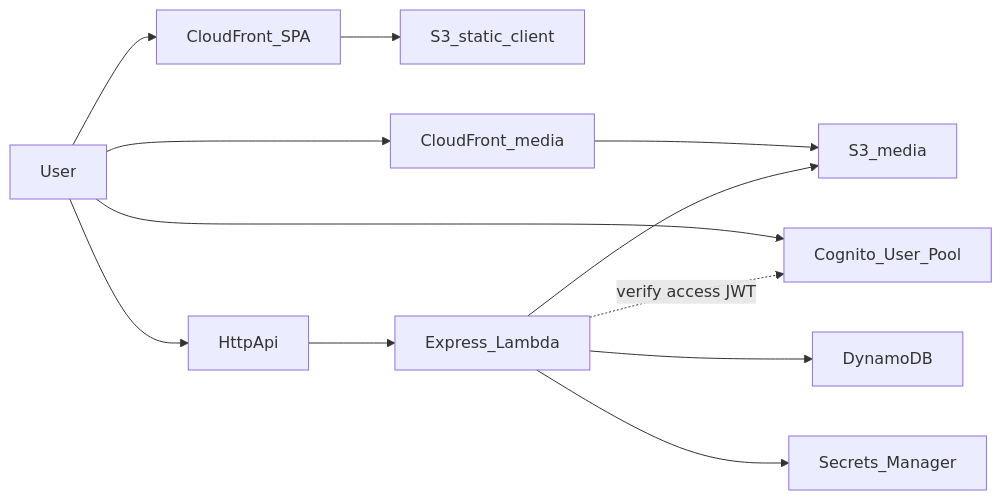
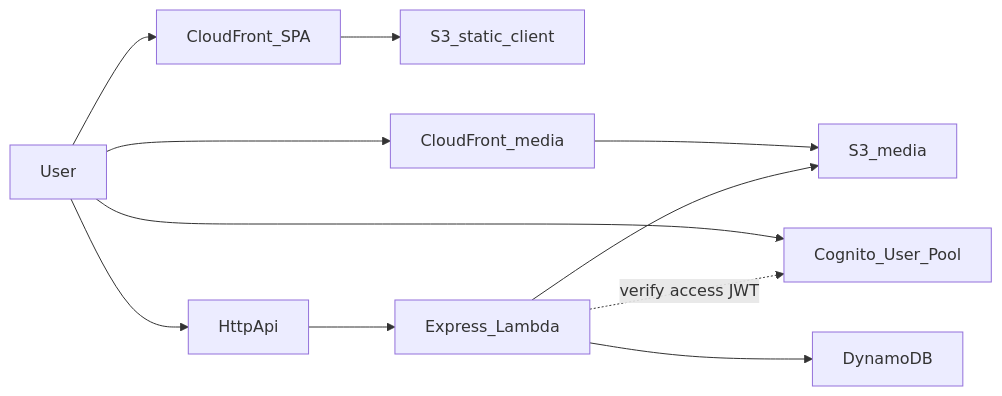
The diagram in README.md (JuanSebastianGB/share-social-media), drawn with Mermaid before and after one commit. The commit also changed 2 other files, not shown here.

Commit message:
docs: record that the old API secret was deleted
The retained-secret note told operators to delete a secret CloudFormation already removed, and to expect a charge that is not there.

````diff
--- a/README.md
+++ b/README.md
@@ -7,14 +7,13 @@
 ```mermaid
 flowchart LR
   User --> CF[CloudFront_SPA]
   CF --> S3[S3_static_client]
   User --> MediaCF[CloudFront_media]
   MediaCF --> MediaS3[S3_media]
   User --> Cognito[Cognito_User_Pool]
   User --> APIGW[HttpApi]
   APIGW --> Lambda[Express_Lambda]
   Lambda --> DDB[DynamoDB]
   Lambda --> MediaS3
-  Lambda --> SM[Secrets_Manager]
   Lambda -.->|verify access JWT| Cognito
 ```
````
